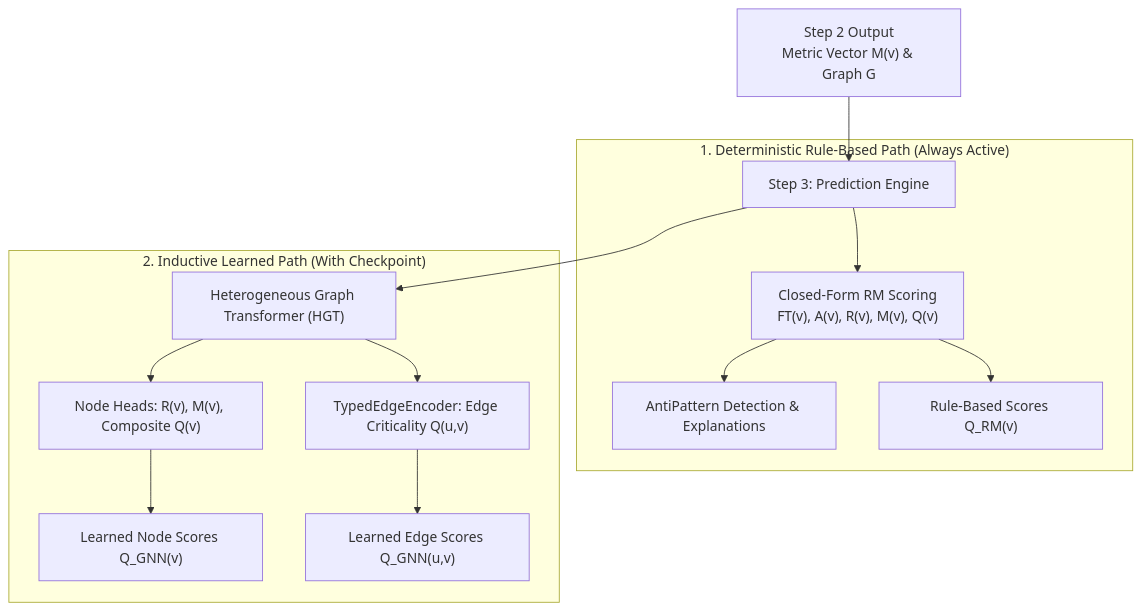
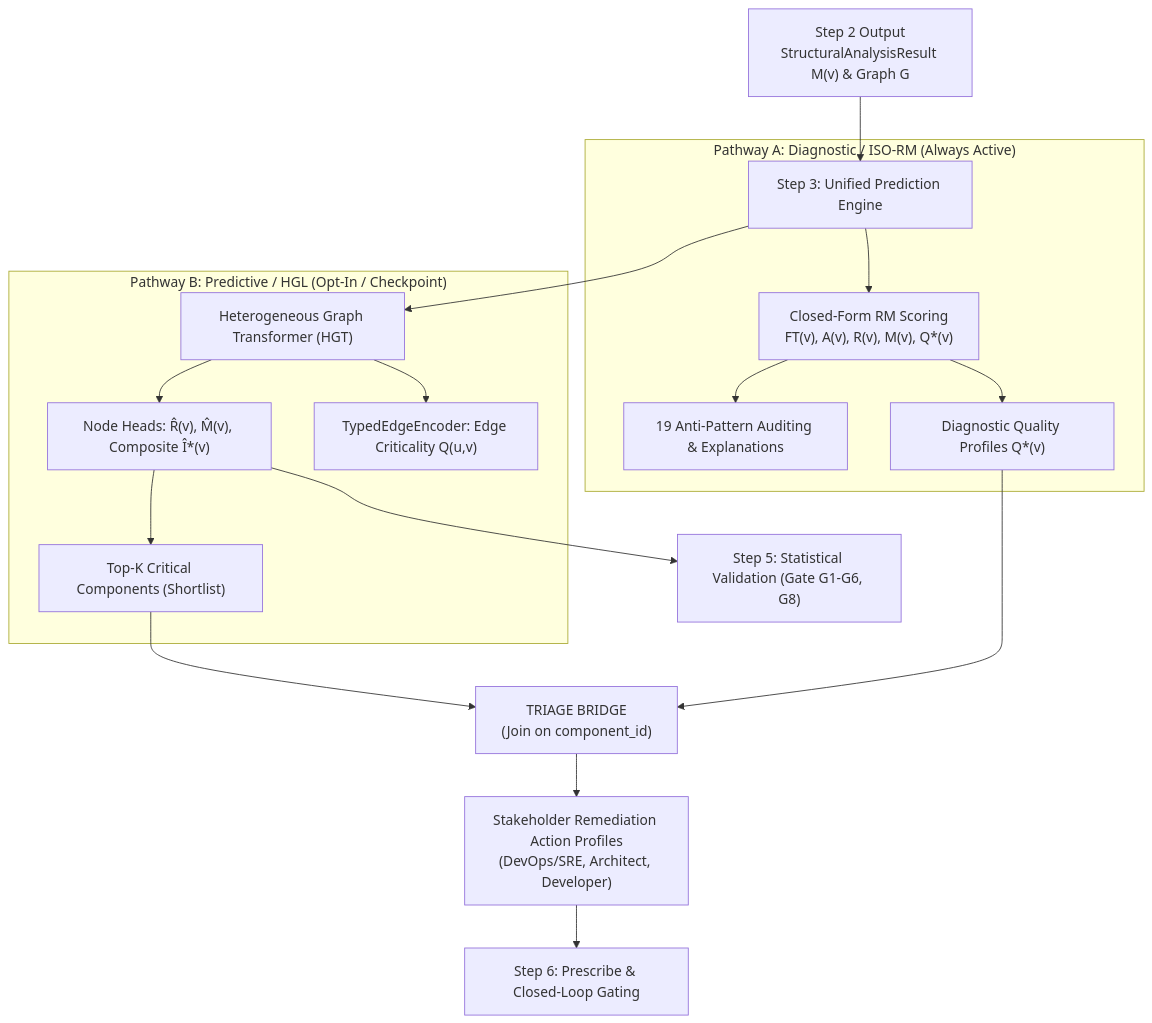
The first of 4 diagrams in docs/prediction.md (onuralpyigit/software-as-a-graph), drawn with Mermaid before and after one commit. The commit also changed other lines of this file and 11 other files, not shown here.

First line of the commit message:
Refactor quality model documentation and update analysis pipeline

````diff
--- a/docs/prediction.md
+++ b/docs/prediction.md
@@ -35,18 +49,23 @@
 ```mermaid
 flowchart TD
-    M["Step 2 Output<br>Metric Vector M(v) & Graph G"] --> PE["Step 3: Prediction Engine"]
+    M["Step 2 Output<br>StructuralAnalysisResult M(v) & Graph G"] --> PE["Step 3: Unified Prediction Engine"]
     
-    subgraph PathRM["1. Deterministic Rule-Based Path (Always Active)"]
-        PE --> RM["Closed-Form RM Scoring<br>FT(v), A(v), R(v), M(v), Q(v)"]
-        RM --> AP["AntiPattern Detection & Explanations"]
-        RM --> OUT_RM["Rule-Based Scores Q_RM(v)"]
+    subgraph PathRM["Pathway A: Diagnostic / ISO-RM (Always Active)"]
+        PE --> RM["Closed-Form RM Scoring<br>FT(v), A(v), R(v), M(v), Q*(v)"]
+        RM --> AP["19 Anti-Pattern Auditing & Explanations"]
+        RM --> OUT_RM["Diagnostic Quality Profiles Q*(v)"]
     end
 
-    subgraph PathGNN["2. Inductive Learned Path (With Checkpoint)"]
+    subgraph PathGNN["Pathway B: Predictive / HGL (Opt-In / Checkpoint)"]
         PE --> HGT["Heterogeneous Graph Transformer (HGT)"]
-        HGT --> NH["Node Heads: R(v), M(v), Composite Q(v)"]
+        HGT --> NH["Node Heads: R̂(v), M̂(v), Composite Î*(v)"]
         HGT --> EH["TypedEdgeEncoder: Edge Criticality Q(u,v)"]
-        NH --> OUT_GNN_N["Learned Node Scores Q_GNN(v)"]
-        EH --> OUT_GNN_E["Learned Edge Scores Q_GNN(u,v)"]
+        NH --> TOPK["Top-K Critical Components (Shortlist)"]
     end
+
+    TOPK --> TB["TRIAGE BRIDGE<br>(Join on component_id)"]
+    OUT_RM --> TB
+    TB --> SO["Stakeholder Remediation Action Profiles<br>(DevOps/SRE, Architect, Developer)"]
+    SO --> PRESCRIBE["Step 6: Prescribe & Closed-Loop Gating"]
+    NH --> VALIDATE["Step 5: Statistical Validation (Gate G1-G6, G8)"]
 ```
````
